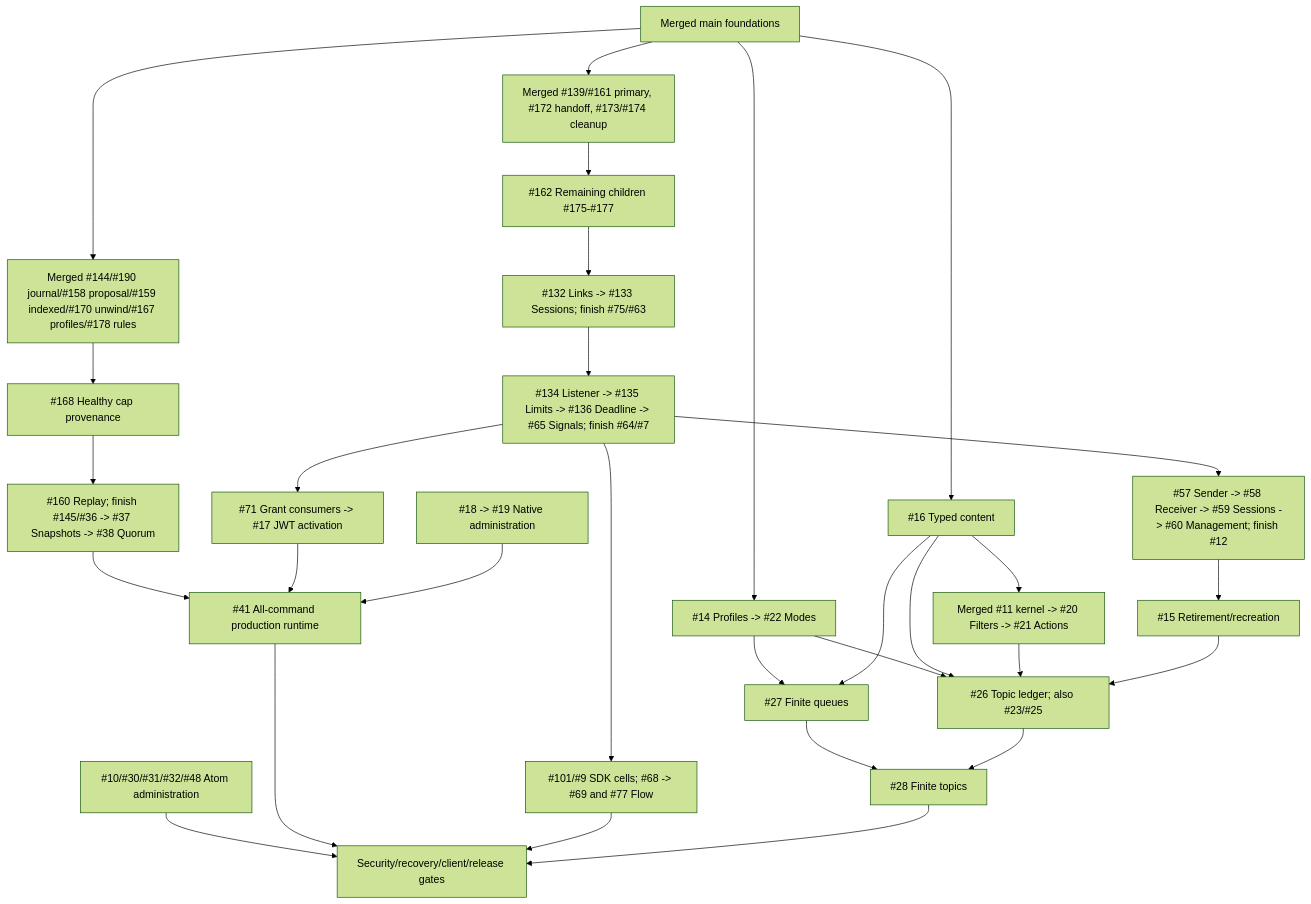
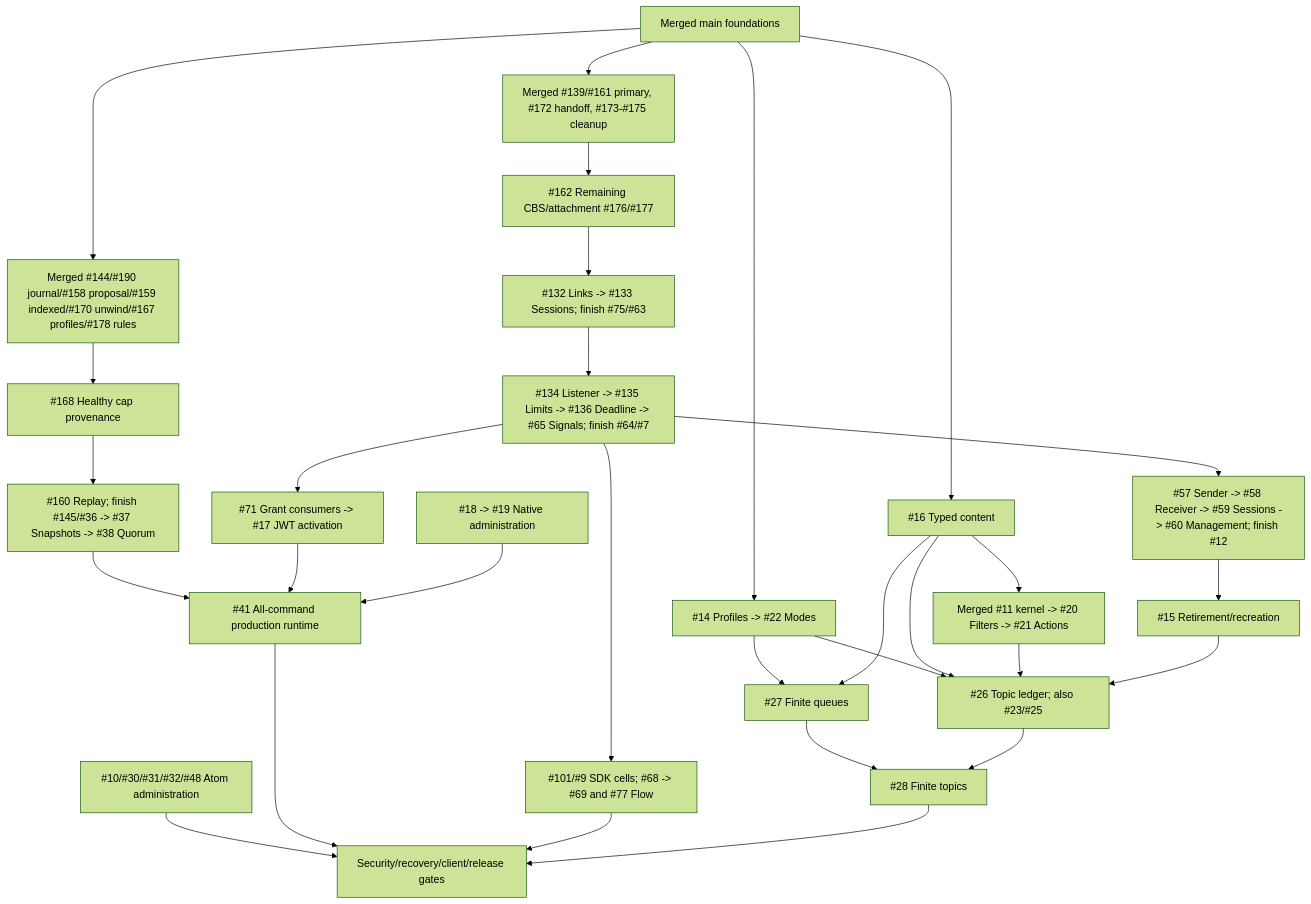
The diagram in docs/roadmap.md (DeandreT/switchyard), drawn with Mermaid (forest theme) before and after one commit. The commit also changed other lines of this file and 5 other files, not shown here.

````diff
--- a/docs/roadmap.md
+++ b/docs/roadmap.md
@@ -53,32 +53,32 @@
 ```mermaid
 flowchart TD
-    Main["Merged main foundations"] --> Lifecycle["Merged #139/#161 primary, #172 handoff, #173/#174 cleanup"]
-    Lifecycle --> Cleanup["#162 Remaining children #175-#177"]
+    Main["Merged main foundations"] --> Lifecycle["Merged #139/#161 primary, #172 handoff, #173-#175 cleanup"]
+    Lifecycle --> Cleanup["#162 Remaining CBS/attachment #176/#177"]
     Cleanup --> Families["#132 Links -> #133 Sessions; finish #75/#63"]
     Families --> Shutdown["#134 Listener -> #135 Limits -> #136 Deadline -> #65 Signals; finish #64/#7"]
     Shutdown --> Authority["#57 Sender -> #58 Receiver -> #59 Sessions -> #60 Management; finish #12"]
     Authority --> Delete["#15 Retirement/recreation"]
     Shutdown --> Grants["#71 Grant consumers -> #17 JWT activation"]
     Shutdown --> Clients["#101/#9 SDK cells; #68 -> #69 and #77 Flow"]
     Main --> Profiles["#14 Profiles -> #22 Modes"]
     Main --> Content["#16 Typed content"]
     Content --> Rules["Merged #11 kernel -> #20 Filters -> #21 Actions"]
     Profiles --> Queues["#27 Finite queues"]
     Content --> Queues
     Profiles --> Ledger["#26 Topic ledger; also #23/#25"]
     Content --> Ledger
     Rules --> Ledger
     Delete --> Ledger
     Queues --> Topics["#28 Finite topics"]
     Ledger --> Topics
     Main --> Durable["Merged #144/#190 journal/#158 proposal/#159 indexed/#170 unwind/#167 profiles/#178 rules"]
     Durable --> Integrity["#168 Healthy cap provenance"]
     Integrity --> Replay["#160 Replay; finish #145/#36 -> #37 Snapshots -> #38 Quorum"]
     Replay --> Runtime["#41 All-command production runtime"]
     Grants --> Runtime
     Native["#18 -> #19 Native administration"] --> Runtime
     Atom["#10/#30/#31/#32/#48 Atom administration"] --> Gates["Security/recovery/client/release gates"]
     Runtime --> Gates
     Clients --> Gates
     Topics --> Gates
 ```
````
